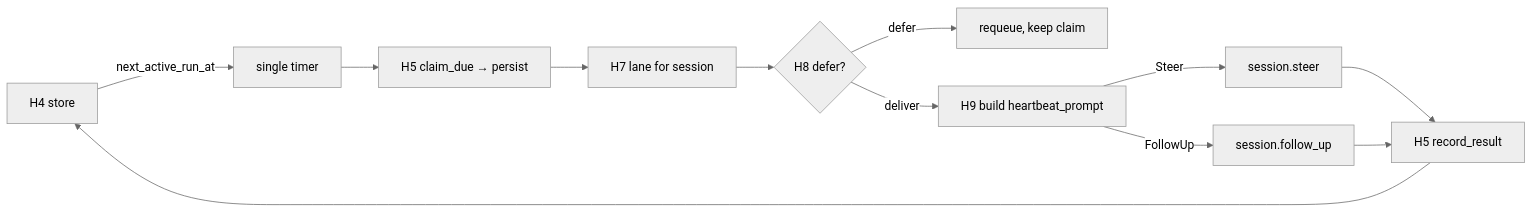
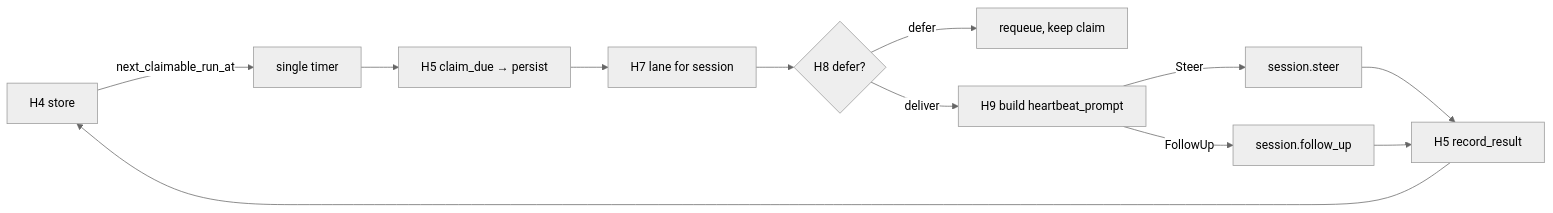
Before and after one commit to jackmaxwil/yi: the fifth of 6 diagrams in docs/YI_DESIGN.md, drawn with Mermaid (neutral theme). The commit also changed other lines of this file and 3 other files, not shown here.

````diff
--- a/docs/YI_DESIGN.md
+++ b/docs/YI_DESIGN.md
@@ -909,14 +909,14 @@
 ```mermaid
 flowchart LR
-  S[H4 store] -->|next_active_run_at| T[single timer]
+  S[H4 store] -->|next_claimable_run_at| T[single timer]
   T --> C[H5 claim_due → persist]
   C --> L[H7 lane for session]
   L --> D{H8 defer?}
   D -- defer --> RQ[requeue, keep claim]
   D -- deliver --> M[H9 build heartbeat_prompt]
   M -->|Steer| ST[session.steer]
   M -->|FollowUp| FU[session.follow_up]
   ST --> R[H5 record_result]
   FU --> R
   R --> S
 ```
````
